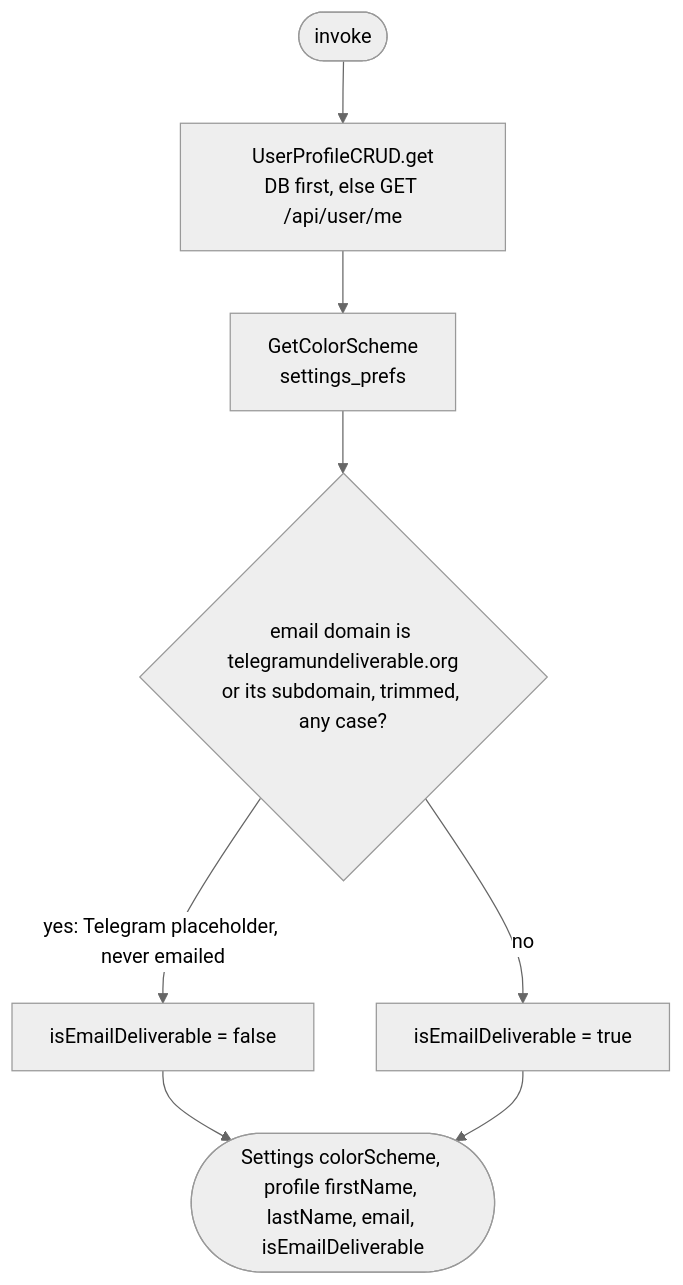
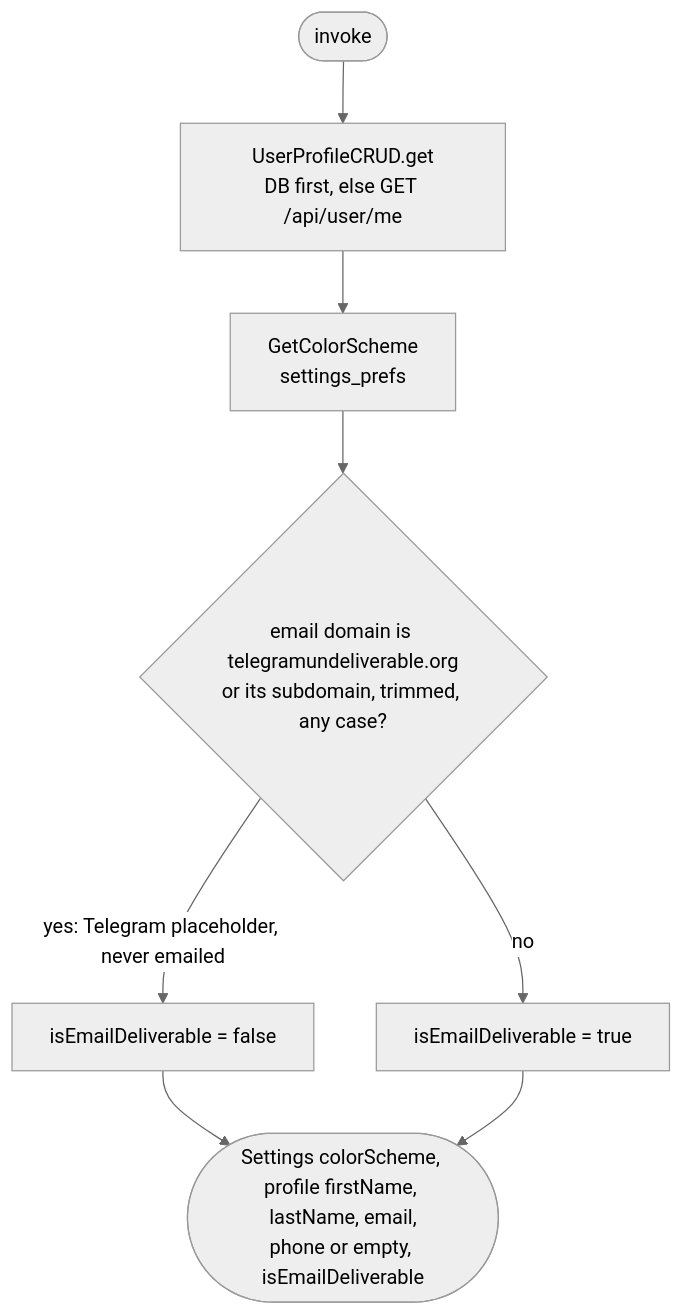
One commit to nocturneproperties/bookkme-client changed the diagram in docs/operations/settings/get-settings.md. Above: the diagram before and after it, drawn with Mermaid (neutral theme). The commit also changed 27 other files, not shown here.

````diff
--- a/docs/operations/settings/get-settings.md
+++ b/docs/operations/settings/get-settings.md
@@ -7,10 +7,10 @@
 ```mermaid
 flowchart TD
     Start([invoke]) --> P[UserProfileCRUD.get<br/>DB first, else GET /api/user/me]
     P --> C[GetColorScheme<br/>settings_prefs]
     C --> D{email domain is telegramundeliverable.org<br/>or its subdomain, trimmed, any case?}
     D -->|yes: Telegram placeholder, never emailed| U[isEmailDeliverable = false]
     D -->|no| V[isEmailDeliverable = true]
-    U --> R([Settings colorScheme, profile firstName, lastName, email, isEmailDeliverable])
+    U --> R([Settings colorScheme, profile firstName, lastName, email,<br/>phone or empty, isEmailDeliverable])
     V --> R
 ```
````
